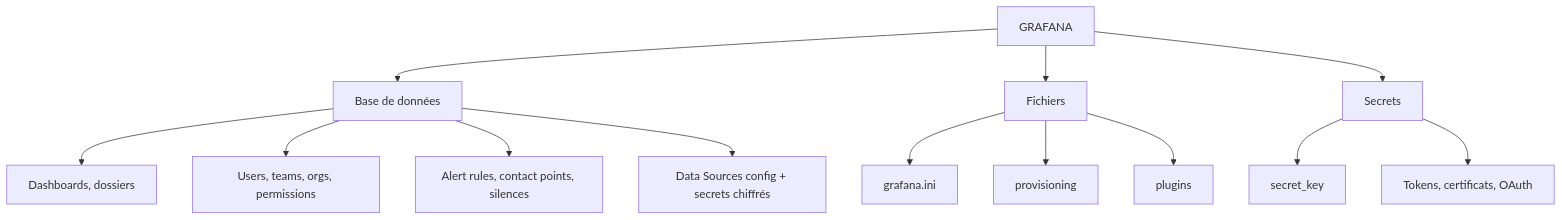
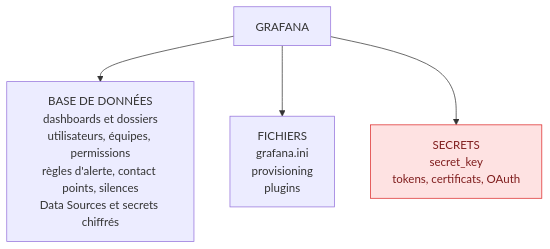
One commit to Gooseppr/GevOps_LC changed the diagram in courses/grafana/33_sauvegarde_migration.md. Above: the diagram before and after it, drawn with Mermaid. The commit also changed 56 other files, not shown here.

````diff
--- a/courses/grafana/33_sauvegarde_migration.md
+++ b/courses/grafana/33_sauvegarde_migration.md
@@ -47,16 +47,7 @@
 ```mermaid
 flowchart TD
-    G[GRAFANA]
-    G --> DB[Base de données]
-    G --> F[Fichiers]
-    G --> S[Secrets]
-    DB --> D1[Dashboards, dossiers]
-    DB --> D2[Users, teams, orgs, permissions]
-    DB --> D3[Alert rules, contact points, silences]
-    DB --> D4[Data Sources config + secrets chiffrés]
-    F --> F1[grafana.ini]
-    F --> F2[provisioning]
-    F --> F3[plugins]
-    S --> S1[secret_key]
-    S --> S2[Tokens, certificats, OAuth]
+    G[GRAFANA] --> DB["BASE DE DONNÉES<br/>dashboards et dossiers<br/>utilisateurs, équipes, permissions<br/>règles d'alerte, contact points, silences<br/>Data Sources et secrets chiffrés"]
+    G --> F["FICHIERS<br/>grafana.ini<br/>provisioning<br/>plugins"]
+    G --> S["SECRETS<br/>secret_key<br/>tokens, certificats, OAuth"]
+    style S fill:#fee2e2,stroke:#dc2626,color:#7f1d1d
 ```
````
